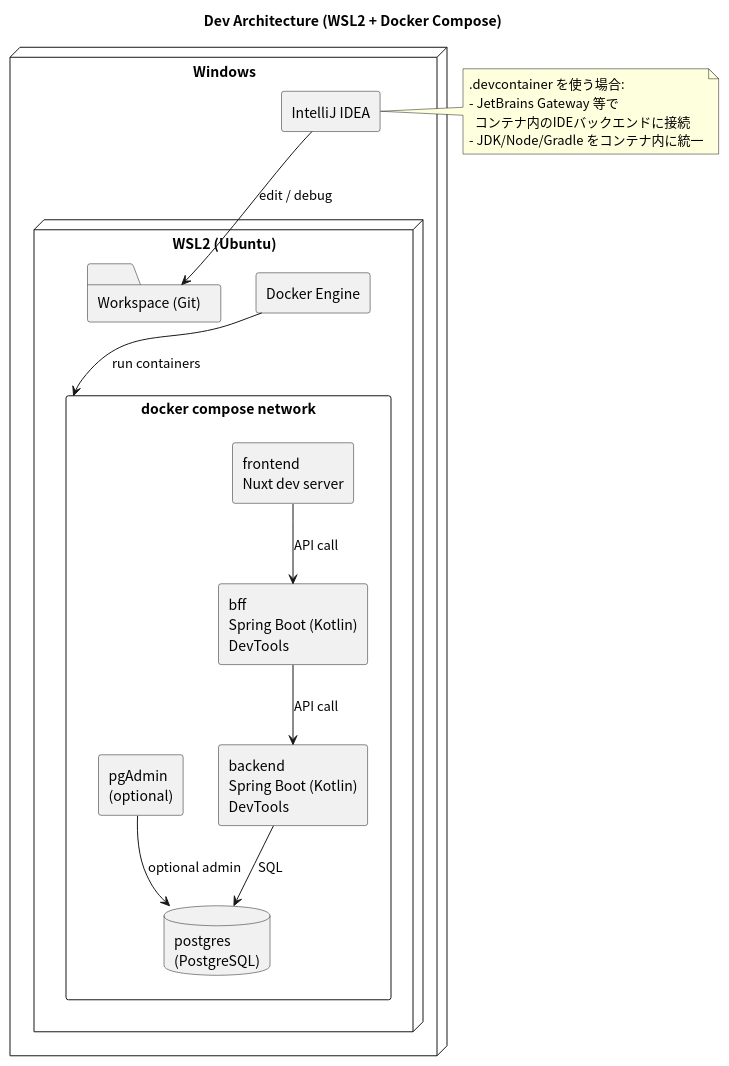
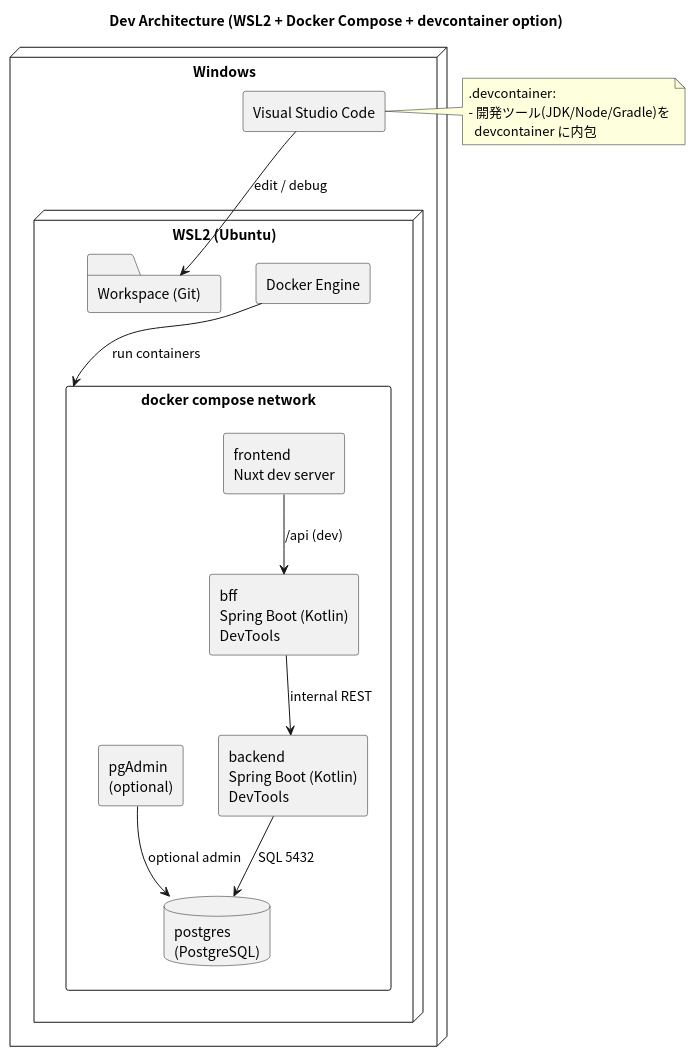
Before and after one commit to pyongsanmichelle/lumina: the diagram in docs/01_concept/dev-architecture.puml, drawn with PlantUML. The commit also changed 2 other files, not shown here.

```diff
--- a/docs/01_concept/dev-architecture.puml
+++ b/docs/01_concept/dev-architecture.puml
@@ -1,38 +1,37 @@
 @startuml dev-architecture
 skinparam shadowing false
 skinparam componentStyle rectangle
 skinparam defaultFontName "Noto Sans CJK JP"
 
-title Dev Architecture (WSL2 + Docker Compose)
+title Dev Architecture (WSL2 + Docker Compose + devcontainer option)
 
 node "Windows" as win {
-  [IntelliJ IDEA] as ij
+  [Visual Studio Code] as vsc
   node "WSL2 (Ubuntu)" as wsl {
     [Docker Engine] as docker
     folder "Workspace (Git)" as repo
 
     rectangle "docker compose network" as net {
       [frontend\nNuxt dev server] as fe
       [bff\nSpring Boot (Kotlin)\nDevTools] as bff
       [backend\nSpring Boot (Kotlin)\nDevTools] as be
       database "postgres\n(PostgreSQL)" as db
       [pgAdmin\n(optional)] as pg
     }
   }
 }
 
-ij --> repo : edit / debug
+vsc --> repo : edit / debug
 docker --> net : run containers
-fe --> bff : API call
-bff --> be : API call
-be --> db : SQL
+fe --> bff : /api (dev)
+bff --> be : internal REST
+be --> db : SQL 5432
 pg --> db : optional admin
 
-note right of ij
-.devcontainer を使う場合:
-- JetBrains Gateway 等で
-  コンテナ内のIDEバックエンドに接続
-- JDK/Node/Gradle をコンテナ内に統一
+note right of vsc
+.devcontainer:
+- 開発ツール(JDK/Node/Gradle)を
+  devcontainer に内包
 end note
 
 @enduml
```
